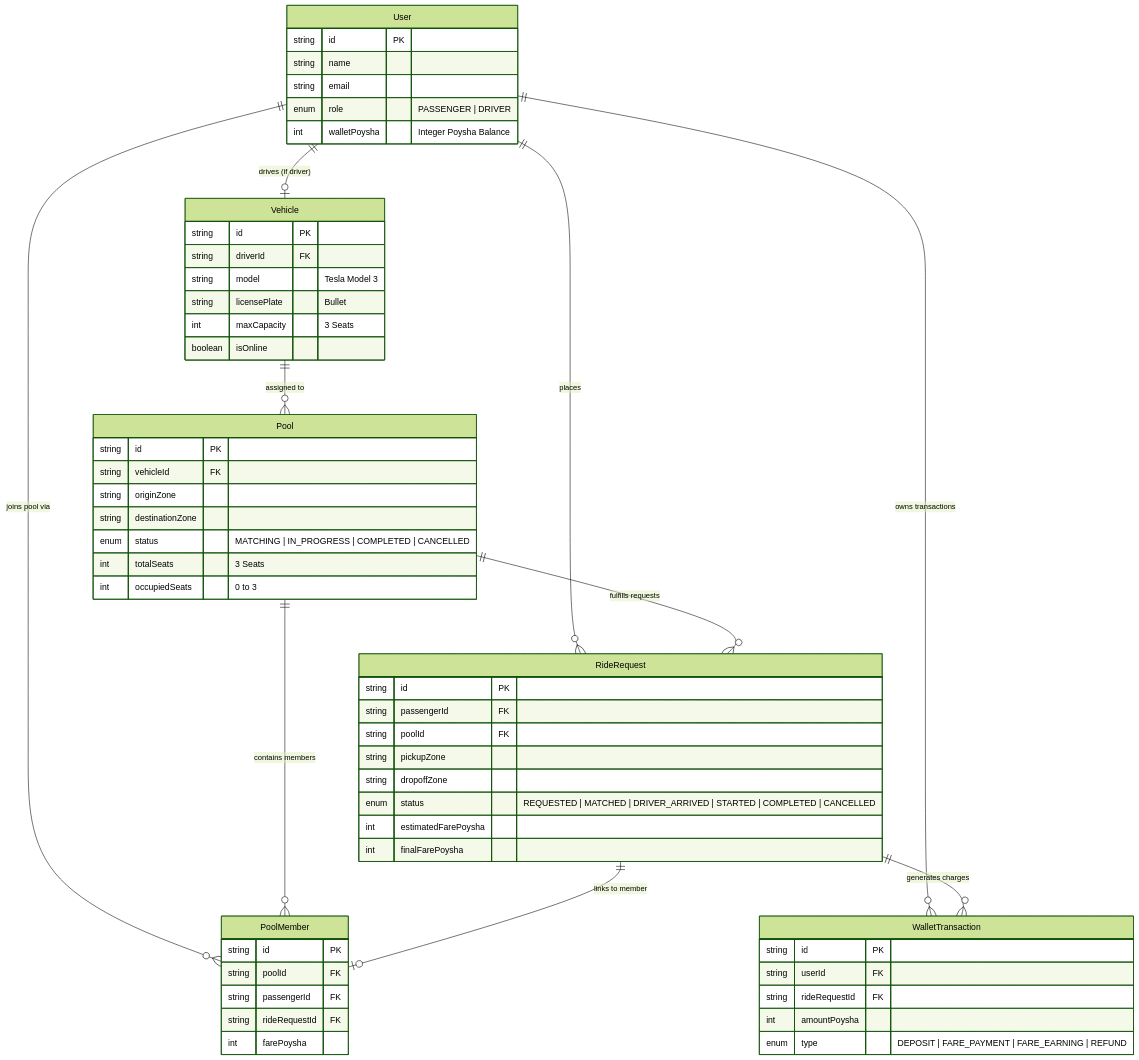
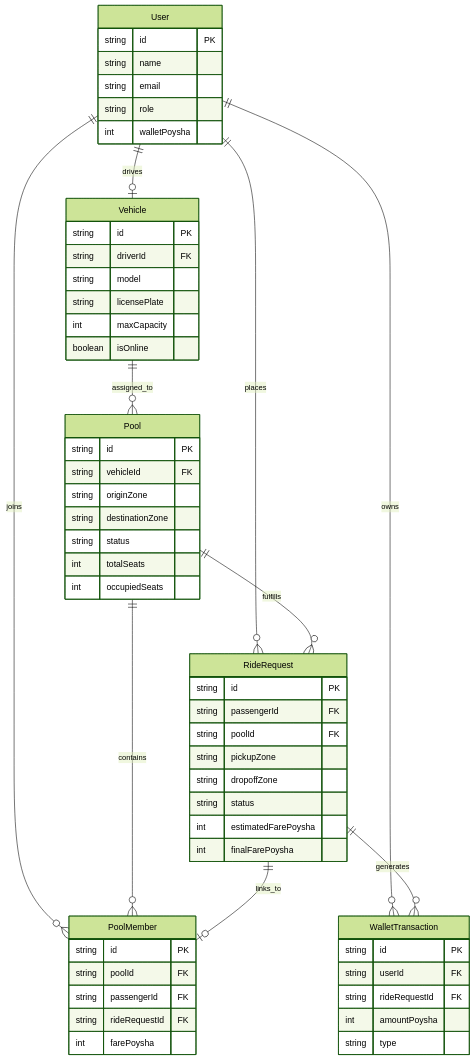
Before and after one commit to rubayet36/TeslaShare: the second of 2 diagrams in README.md, drawn with Mermaid (forest theme). The commit also changed other lines of this file, not shown here.

Commit message:
fix(docs): fix Mermaid diagram syntax in README for GitHub renderer

````diff
--- a/README.md
+++ b/README.md
@@ -94,69 +94,69 @@
 ```mermaid
 erDiagram
-    User ||--o{ RideRequest : "places"
-    User ||--o{ PoolMember : "joins pool via"
-    User ||--o{ WalletTransaction : "owns transactions"
-    User ||--o| Vehicle : "drives (if driver)"
+    User ||--o{ RideRequest : places
+    User ||--o{ PoolMember : joins
+    User ||--o{ WalletTransaction : owns
+    User ||--o| Vehicle : drives
 
-    Vehicle ||--o{ Pool : "assigned to"
+    Vehicle ||--o{ Pool : assigned_to
 
-    Pool ||--o{ PoolMember : "contains members"
-    Pool ||--o{ RideRequest : "fulfills requests"
+    Pool ||--o{ PoolMember : contains
+    Pool ||--o{ RideRequest : fulfills
 
-    RideRequest ||--o| PoolMember : "links to member"
-    RideRequest ||--o{ WalletTransaction : "generates charges"
+    RideRequest ||--o| PoolMember : links_to
+    RideRequest ||--o{ WalletTransaction : generates
 
     User {
         string id PK
         string name
         string email
-        enum role "PASSENGER | DRIVER"
-        int walletPoysha "Integer Poysha Balance"
+        string role
+        int walletPoysha
     }
 
     Vehicle {
         string id PK
         string driverId FK
-        string model "Tesla Model 3"
-        string licensePlate "Bullet"
-        int maxCapacity "3 Seats"
+        string model
+        string licensePlate
+        int maxCapacity
         boolean isOnline
     }
 
     Pool {
         string id PK
         string vehicleId FK
         string originZone
         string destinationZone
-        enum status "MATCHING | IN_PROGRESS | COMPLETED | CANCELLED"
-        int totalSeats "3 Seats"
-        int occupiedSeats "0 to 3"
+        string status
+        int totalSeats
+        int occupiedSeats
     }
 
     RideRequest {
         string id PK
         string passengerId FK
         string poolId FK
         string pickupZone
         string dropoffZone
-        enum status "REQUESTED | MATCHED | DRIVER_ARRIVED | STARTED | COMPLETED | CANCELLED"
+        string status
         int estimatedFarePoysha
         int finalFarePoysha
     }
 
     PoolMember {
         string id PK
         string poolId FK
         string passengerId FK
         string rideRequestId FK
         int farePoysha
     }
 
     WalletTransaction {
         string id PK
         string userId FK
         string rideRequestId FK
         int amountPoysha
-        enum type "DEPOSIT | FARE_PAYMENT | FARE_EARNING | REFUND"
+        string type
     }
 ```
````
